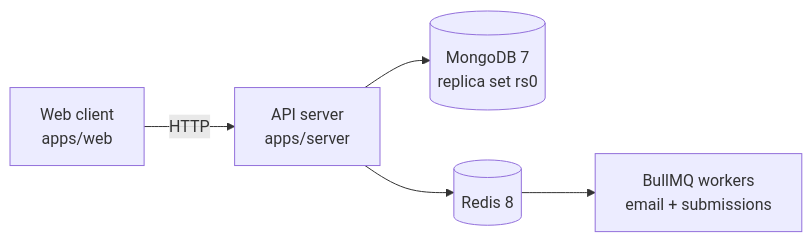
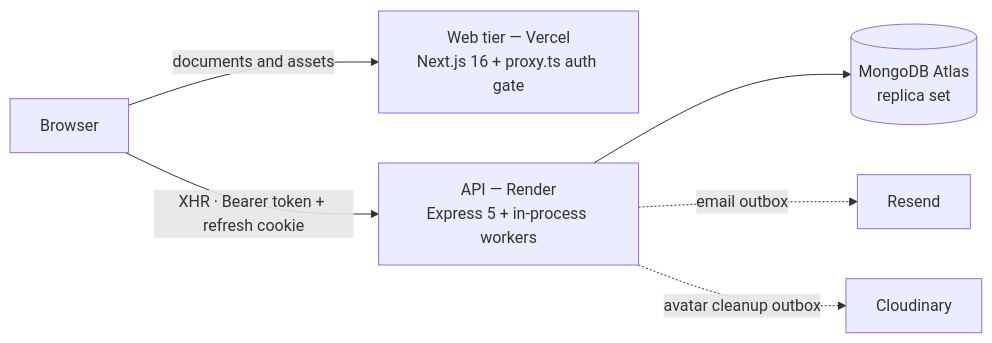
The first of 3 diagrams in README.MD (NikhilKatkuri/paperwork), drawn with Mermaid before and after one commit. The commit also changed other lines of this file, not shown here.

Commit message:
docs: redraw the architecture and document the Redis-to-outbox migration

````diff
--- a/README.MD
+++ b/README.MD
@@ -19,7 +19,15 @@
 ```mermaid
 flowchart LR
-    A[Web client<br/>apps/web] -->|HTTP| B[API server<br/>apps/server]
-    B --> C[(MongoDB 7<br/>replica set rs0)]
-    B --> D[(Redis 8)]
-    D --> E[BullMQ workers<br/>email + submissions]
+    U[Browser]
+    V["Web tier — Vercel<br/>Next.js 16 + proxy.ts auth gate"]
+    A["API — Render<br/>Express 5 + in-process workers"]
+    M[(MongoDB Atlas<br/>replica set)]
+    RS[Resend]
+    CL[Cloudinary]
+
+    U -->|documents and assets| V
+    U -->|"XHR · Bearer token + refresh cookie"| A
+    A --> M
+    A -.->|email outbox| RS
+    A -.->|avatar cleanup outbox| CL
 ```
````
